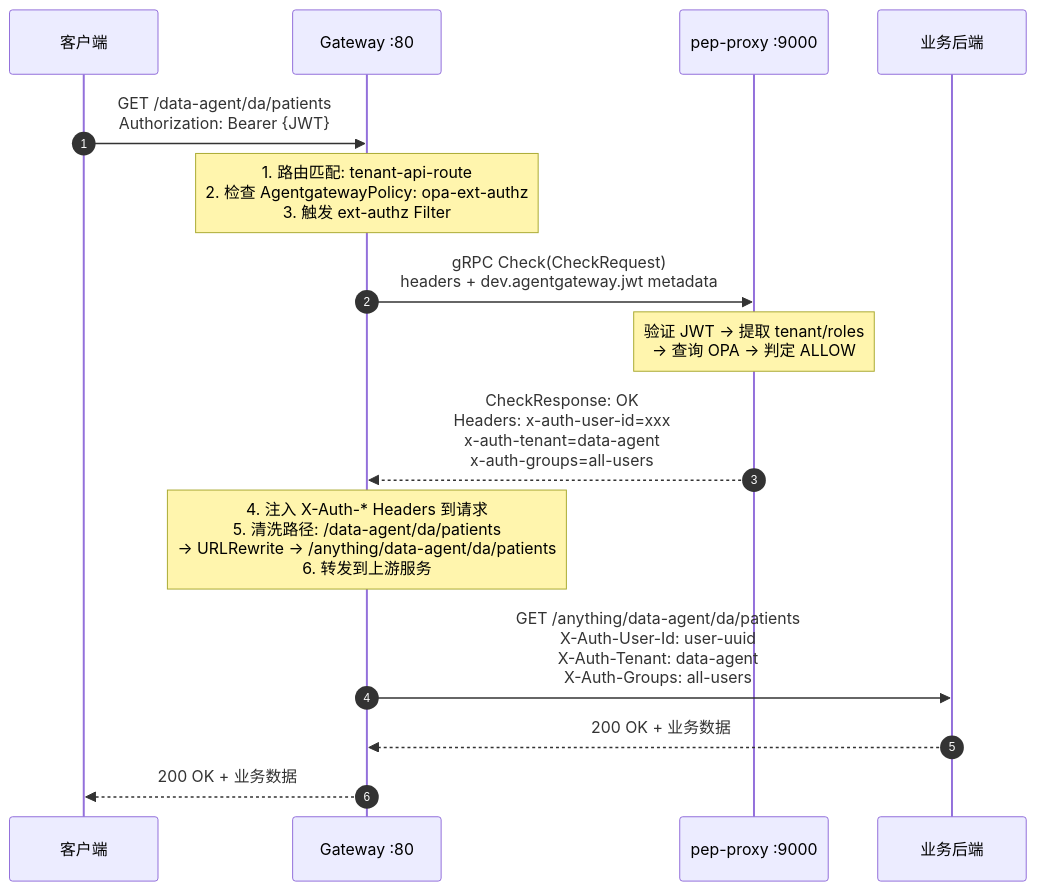
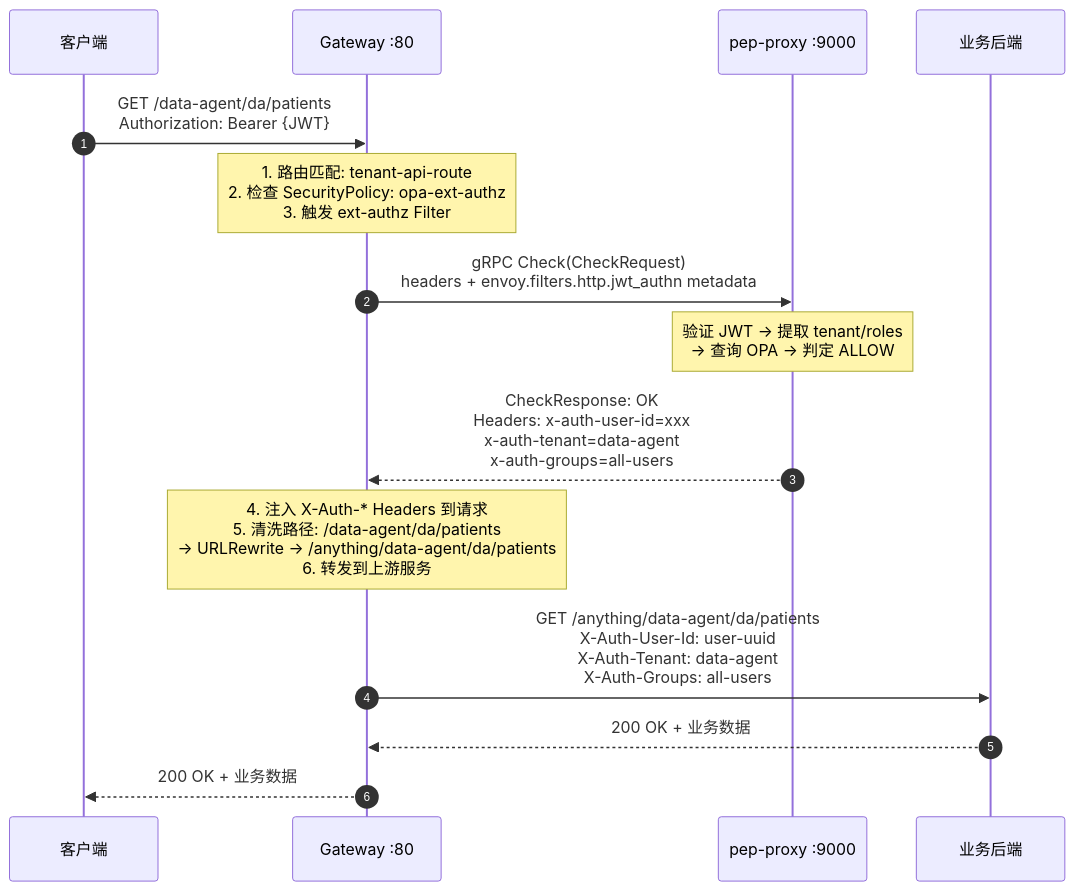
One commit to xiewanchao/aidp-iam changed diagram 14 of 17 in da-cluster/docs/design-specification.md. Above: the diagram before and after it, drawn with Mermaid. The commit also changed other lines of this file and 47 other files, not shown here.

````diff
--- a/da-cluster/docs/design-specification.md
+++ b/da-cluster/docs/design-specification.md
@@ -896,25 +896,25 @@
 ```mermaid
 sequenceDiagram
     autonumber
     participant Client as 客户端
     participant GW as Gateway :80
     participant PEP as pep-proxy :9000
     participant APP as 业务后端
 
     Client->>GW: GET /data-agent/da/patients<br/>Authorization: Bearer {JWT}
 
-    Note over GW: 1. 路由匹配: tenant-api-route<br/>2. 检查 AgentgatewayPolicy: opa-ext-authz<br/>3. 触发 ext-authz Filter
+    Note over GW: 1. 路由匹配: tenant-api-route<br/>2. 检查 SecurityPolicy: opa-ext-authz<br/>3. 触发 ext-authz Filter
 
-    GW->>PEP: gRPC Check(CheckRequest)<br/>headers + dev.agentgateway.jwt metadata
+    GW->>PEP: gRPC Check(CheckRequest)<br/>headers + envoy.filters.http.jwt_authn metadata
 
     Note over PEP: 验证 JWT → 提取 tenant/roles<br/>→ 查询 OPA → 判定 ALLOW
 
     PEP-->>GW: CheckResponse: OK<br/>Headers: x-auth-user-id=xxx<br/>x-auth-tenant=data-agent<br/>x-auth-groups=all-users
 
     Note over GW: 4. 注入 X-Auth-* Headers 到请求<br/>5. 清洗路径: /data-agent/da/patients<br/>   → URLRewrite → /anything/data-agent/da/patients<br/>6. 转发到上游服务
 
     GW->>APP: GET /anything/data-agent/da/patients<br/>X-Auth-User-Id: user-uuid<br/>X-Auth-Tenant: data-agent<br/>X-Auth-Groups: all-users
 
     APP-->>GW: 200 OK + 业务数据
     GW-->>Client: 200 OK + 业务数据
 ```
````
